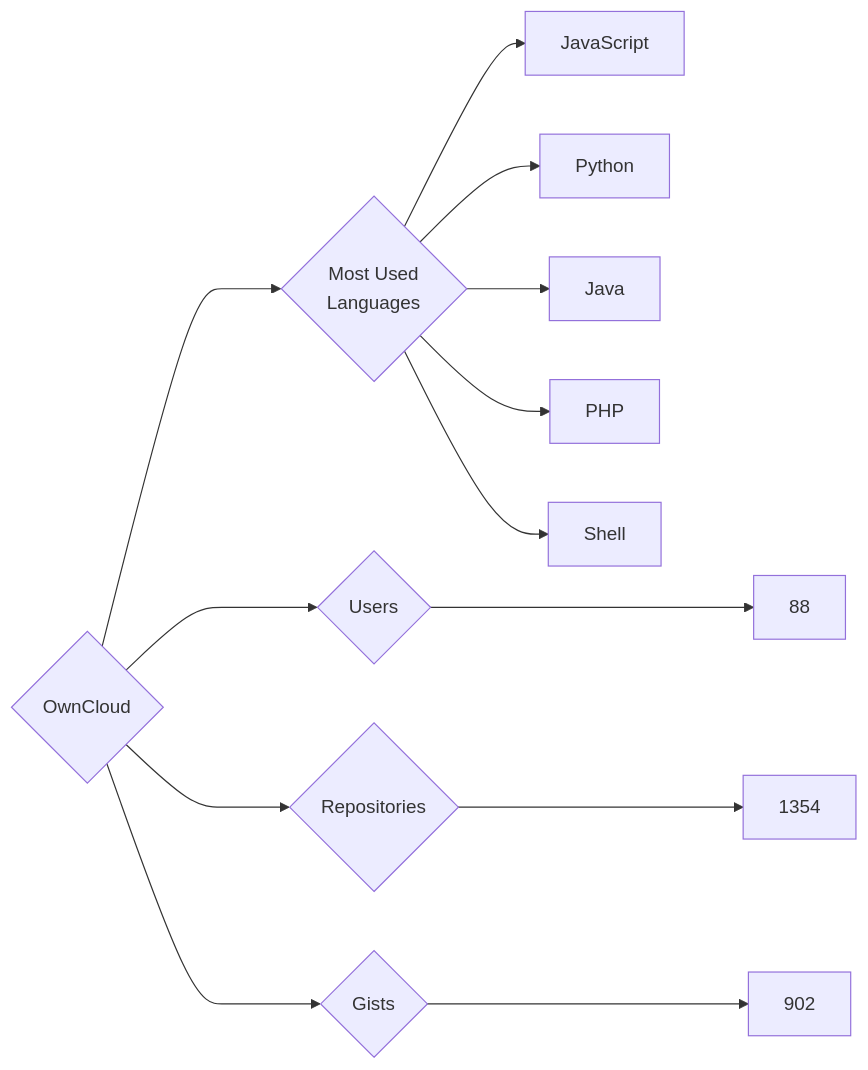
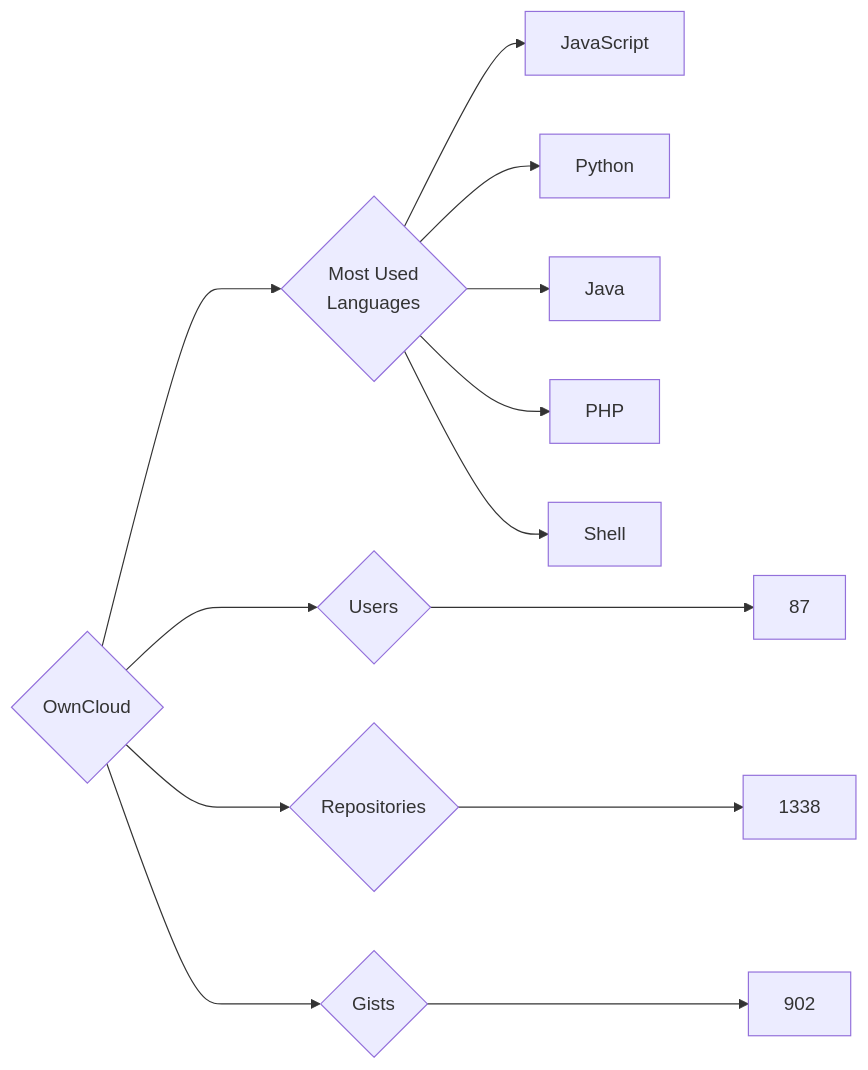
Before and after one commit to trickest/insiders: the diagram in targets/OwnCloud/README.md, drawn with Mermaid. The commit also changed 964 other files, not shown here.

````diff
--- a/targets/OwnCloud/README.md
+++ b/targets/OwnCloud/README.md
@@ -3,13 +3,13 @@
 ```mermaid
 graph LR
 COMPANY_NAME{OwnCloud}
-COMPANY_NAME ---> U{Users} ---> UN[88]
-COMPANY_NAME ---> R{Repositories} ---> RN[1354]
+COMPANY_NAME ---> U{Users} ---> UN[87]
+COMPANY_NAME ---> R{Repositories} ---> RN[1338]
 COMPANY_NAME ---> G{Gists} ---> GN[902]
 COMPANY_NAME ---> ML{Most Used<br>Languages}
 ML --> JavaScript[JavaScript]
 ML --> Python[Python]
 ML --> Java[Java]
 ML --> PHP[PHP]
 ML --> Shell[Shell]
 ```
````
